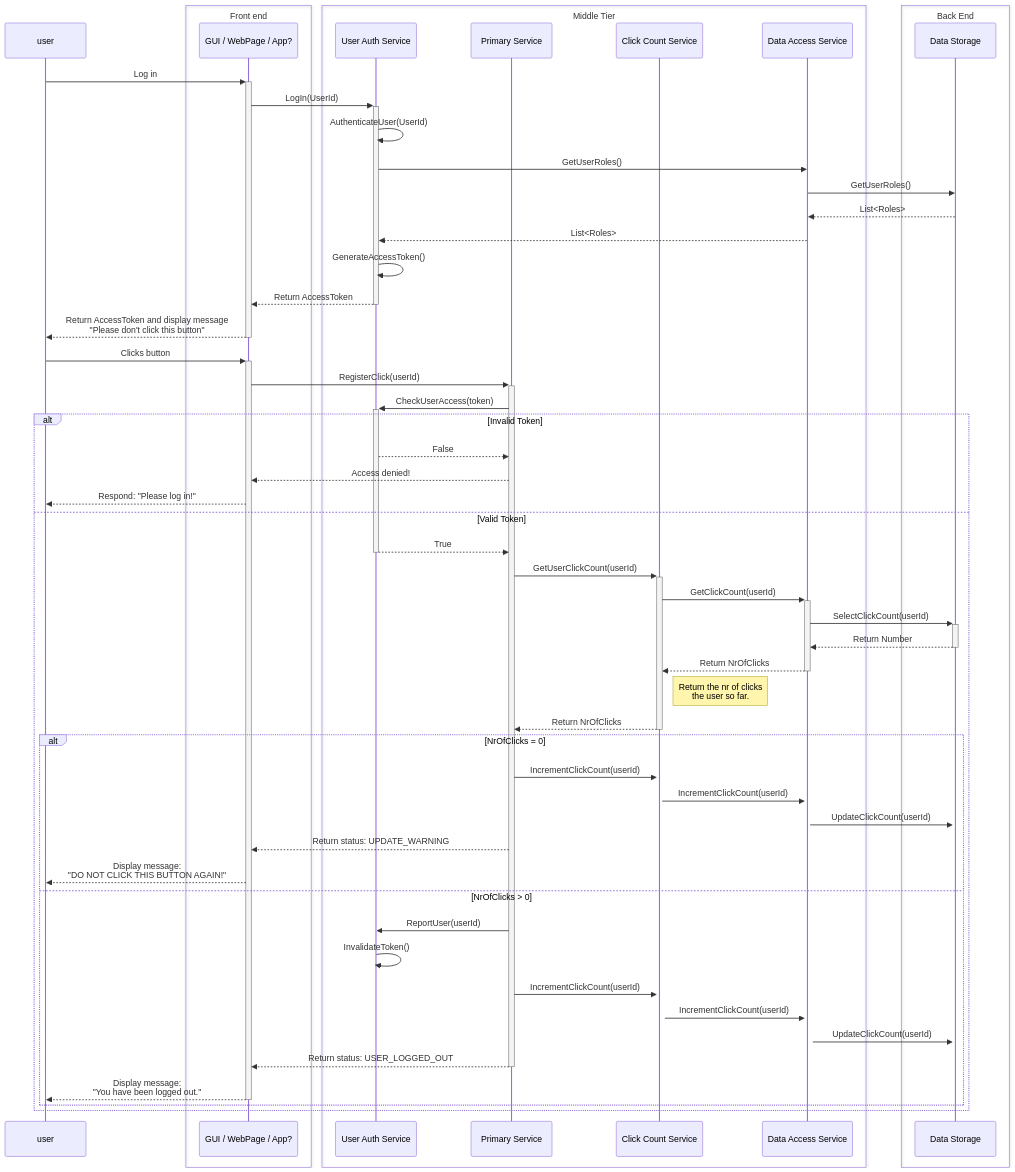
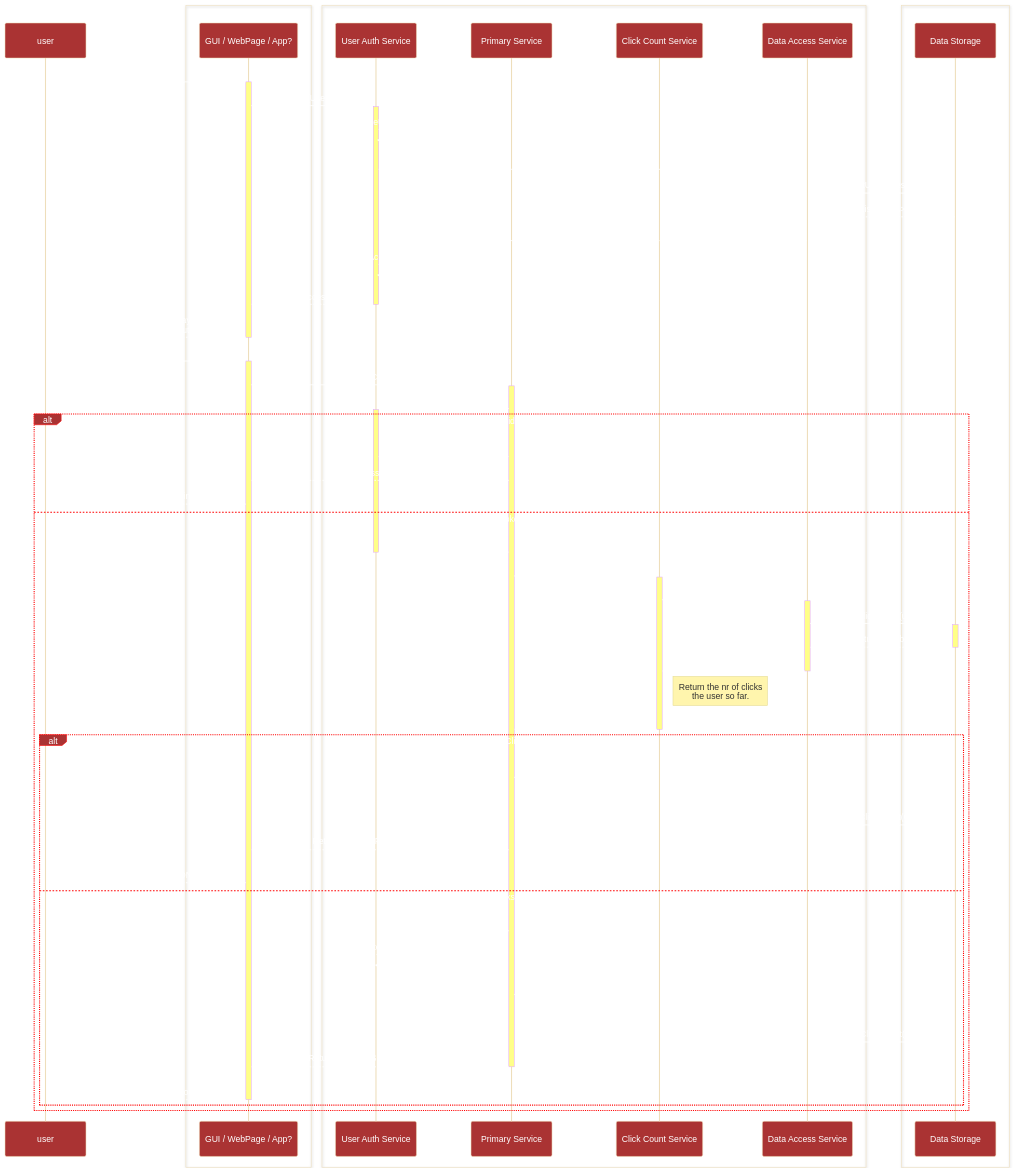
The diagram in diagrams/07-sequence.md (Kjartanl/mermaid), drawn with Mermaid before and after one commit. The commit also changed 3 other files, not shown here.

````diff
--- a/diagrams/07-sequence.md
+++ b/diagrams/07-sequence.md
@@ -5,5 +5,17 @@
 ```mermaid
 sequenceDiagram
+
+%%{
+  init: {
+    'theme': 'base',
+    'themeVariables': {
+      'primaryTextColor': '#ffffff',
+      'labelBoxBorderColor': '#ff0000',
+      'actorBkg': '#aa3333',
+      'activationBkgColor': '#ffff88'
+    }
+  }
+}%%
 
 ###########################
 ### Define the participants 
````
